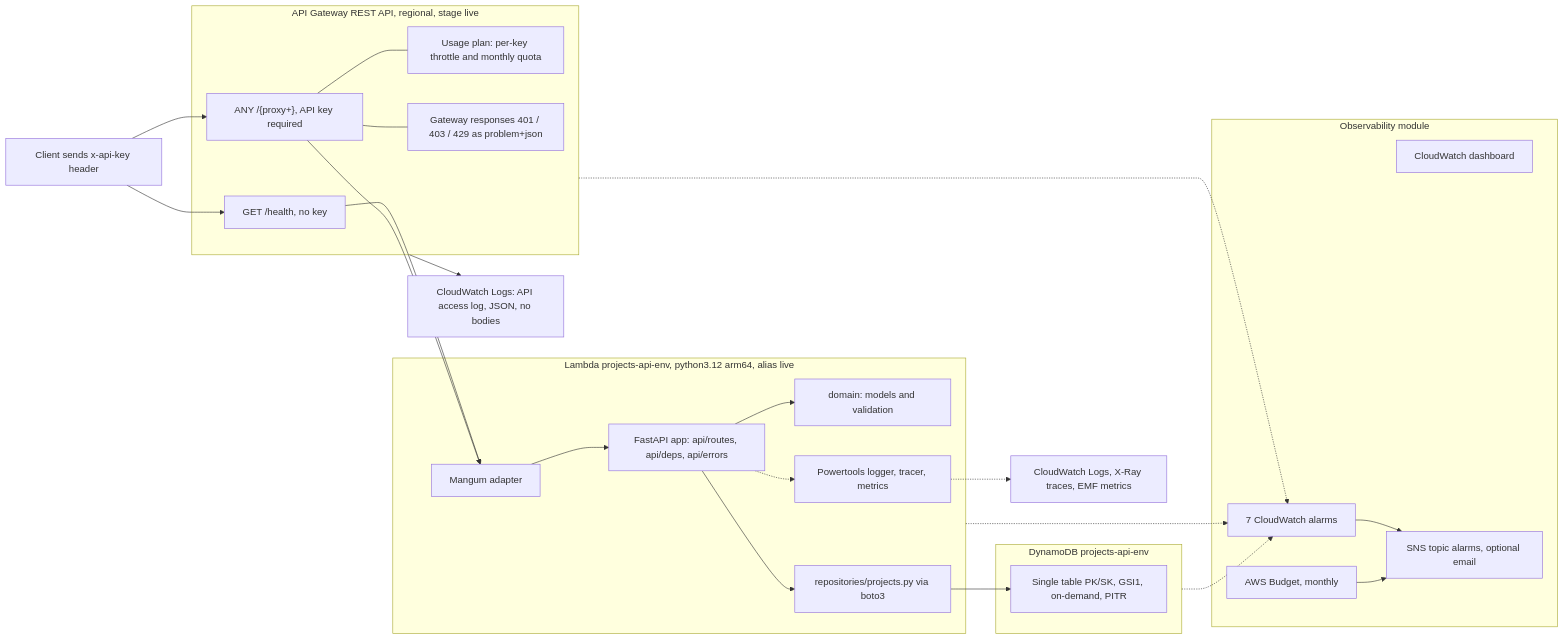
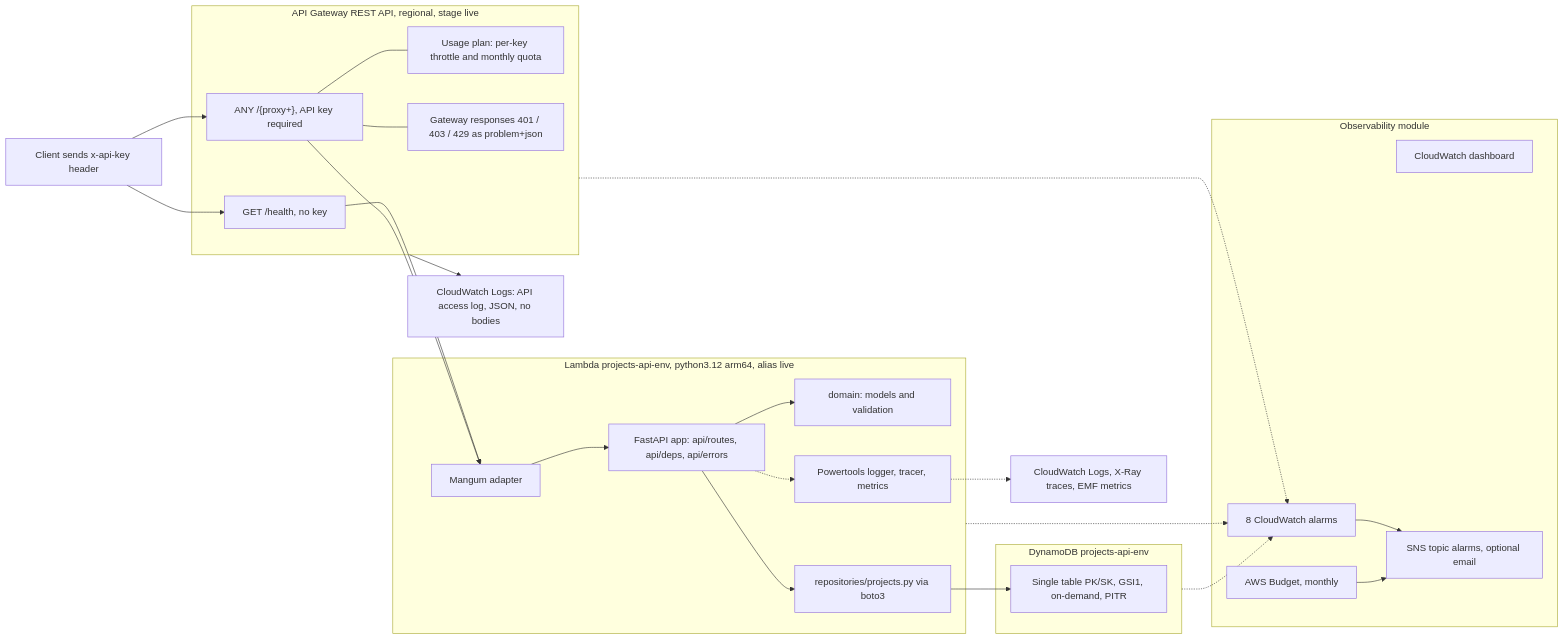
The diagram in docs/architecture.md (jameslevine/projects-api), drawn with Mermaid before and after one commit. The commit also changed other lines of this file and 7 other files, not shown here.

````diff
--- a/docs/architecture.md
+++ b/docs/architecture.md
@@ -25,53 +25,53 @@
 ```mermaid
 flowchart LR
     client["Client sends x-api-key header"]
 
     subgraph apigw["API Gateway REST API, regional, stage live"]
         health["GET /health, no key"]
         proxy["ANY /{proxy+}, API key required"]
         plan["Usage plan: per-key throttle and monthly quota"]
         gwresp["Gateway responses 401 / 403 / 429 as problem+json"]
     end
 
     accesslog["CloudWatch Logs: API access log, JSON, no bodies"]
 
     subgraph lambda["Lambda projects-api-env, python3.12 arm64, alias live"]
         mangum["Mangum adapter"]
         app["FastAPI app: api/routes, api/deps, api/errors"]
         domain["domain: models and validation"]
         repo["repositories/projects.py via boto3"]
         powertools["Powertools logger, tracer, metrics"]
     end
 
     telemetry["CloudWatch Logs, X-Ray traces, EMF metrics"]
 
     subgraph ddb["DynamoDB projects-api-env"]
         table["Single table PK/SK, GSI1, on-demand, PITR"]
     end
 
     subgraph obs["Observability module"]
-        alarms["7 CloudWatch alarms"]
+        alarms["8 CloudWatch alarms"]
         dash["CloudWatch dashboard"]
         budget["AWS Budget, monthly"]
         sns["SNS topic alarms, optional email"]
     end
 
     client --> health
     client --> proxy
     proxy --- plan
     proxy --- gwresp
     apigw --> accesslog
     health --> mangum
     proxy --> mangum
     mangum --> app
     app --> domain
     app --> repo
     repo --> table
     app -.-> powertools
     powertools -.-> telemetry
     alarms --> sns
     budget --> sns
     apigw -.-> alarms
     lambda -.-> alarms
     ddb -.-> alarms
 ```
````
